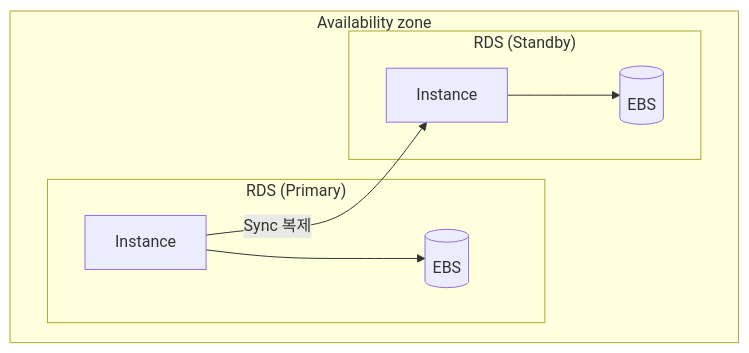
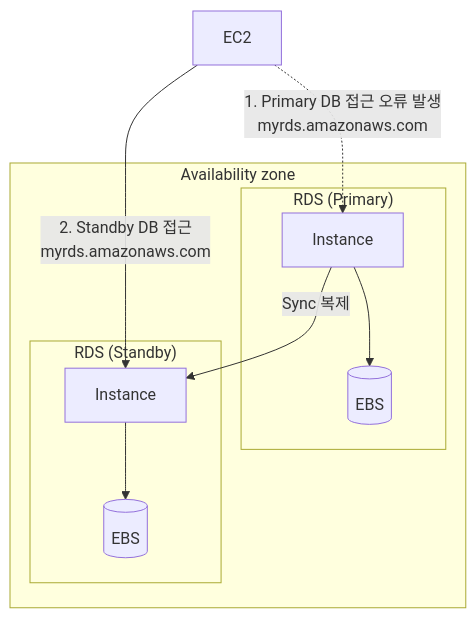
The first of 2 diagrams in Infra/AWS/008. AWS_RDS.md (Rurien1124/study), drawn with Mermaid before and after one commit.

Commit message:
Fix AWS_RDS.md Multi-AZ graph

````diff
--- a/Infra/AWS/008. AWS_RDS.md
+++ b/Infra/AWS/008. AWS_RDS.md
@@ -56,23 +56,28 @@
     ```mermaid
         flowchart TD
-          
+        
+        EO[EC2]
+        
+        EO -.-> |1. Primary DB 접근 오류 발생<br>myrds.amazonaws.com|E1
+        EO --> |2. Standby DB 접근<br>myrds.amazonaws.com|E2
+    
         subgraph AZ[Availability zone]
             R1 & R2
         end
   
         subgraph R1["RDS (Primary)"]
             E1[Instance]
             EBS1[(EBS)]
   
             E1 --> EBS1
         end
   
         subgraph R2["RDS (Standby)"]
             E2[Instance]
             EBS2[(EBS)]
           
             E2 --> EBS2
         end
       
         E1 --> |Sync 복제|E2
     ```
````
